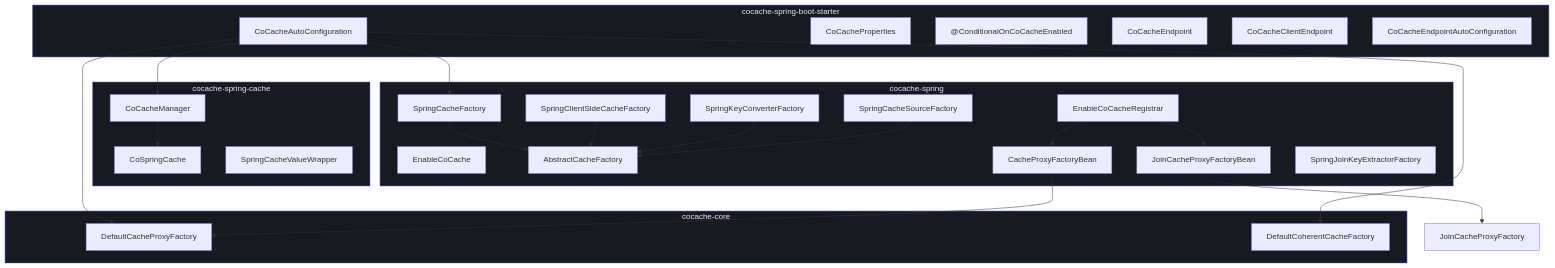
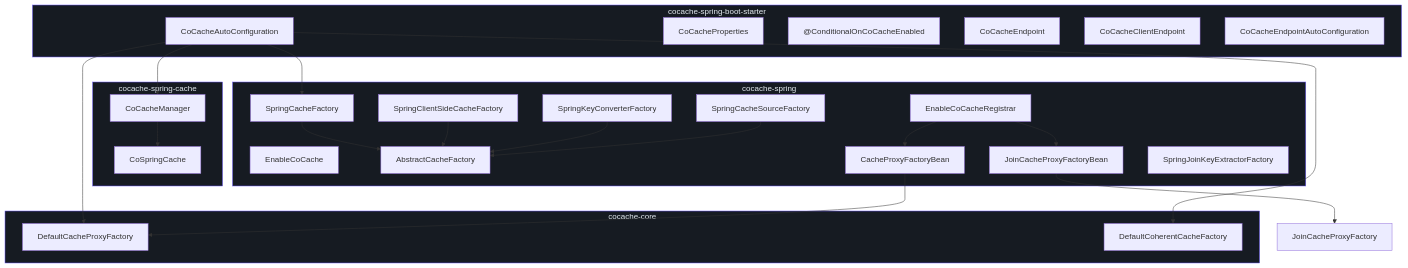
The first of 4 diagrams in wiki/zh/api/spring-integration.md (Ahoo-Wang/CoCache), drawn with Mermaid before and after one commit. The commit also changed other lines of this file and 256 other files, not shown here.

````diff
--- a/wiki/zh/api/spring-integration.md
+++ b/wiki/zh/api/spring-integration.md
@@ -12,54 +12,53 @@
 ```mermaid
 graph TB
     subgraph Starter["cocache-spring-boot-starter"]
         style Starter fill:#161b22,stroke:#6d5dfc,color:#e6edf3
         Auto["CoCacheAutoConfiguration"]
         Props["CoCacheProperties"]
         Cond["@ConditionalOnCoCacheEnabled"]
         EP["CoCacheEndpoint"]
         CEP["CoCacheClientEndpoint"]
         EPAC["CoCacheEndpointAutoConfiguration"]
     end
 
     subgraph SpringCache["cocache-spring-cache"]
         style SpringCache fill:#161b22,stroke:#6d5dfc,color:#e6edf3
         CCM["CoCacheManager"]
         CSC["CoSpringCache"]
-        SVW["SpringCacheValueWrapper"]
     end
 
     subgraph Spring["cocache-spring"]
         style Spring fill:#161b22,stroke:#6d5dfc,color:#e6edf3
         EC["EnableCoCache"]
         REG["EnableCoCacheRegistrar"]
         SCF["SpringCacheFactory"]
         ACF["AbstractCacheFactory"]
         CPFB["CacheProxyFactoryBean"]
         JCPFB["JoinCacheProxyFactoryBean"]
         SCSC["SpringClientSideCacheFactory"]
         SKCF["SpringKeyConverterFactory"]
         SCSrcF["SpringCacheSourceFactory"]
         SJKEF["SpringJoinKeyExtractorFactory"]
     end
 
     subgraph Core["cocache-core"]
         style Core fill:#161b22,stroke:#6d5dfc,color:#e6edf3
         CPF["DefaultCacheProxyFactory"]
         CCF["DefaultCoherentCacheFactory"]
     end
 
     Auto --> SCF
     Auto --> CPF
     Auto --> CCF
     Auto --> CCM
     REG --> CPFB
     REG --> JCPFB
     CPFB --> CPF
     JCPFB --> JCPF["JoinCacheProxyFactory"]
     CCM --> CSC
     SCF --> ACF
     SCSC --> ACF
     SKCF --> ACF
     SCSrcF --> ACF
 
 ```
````
